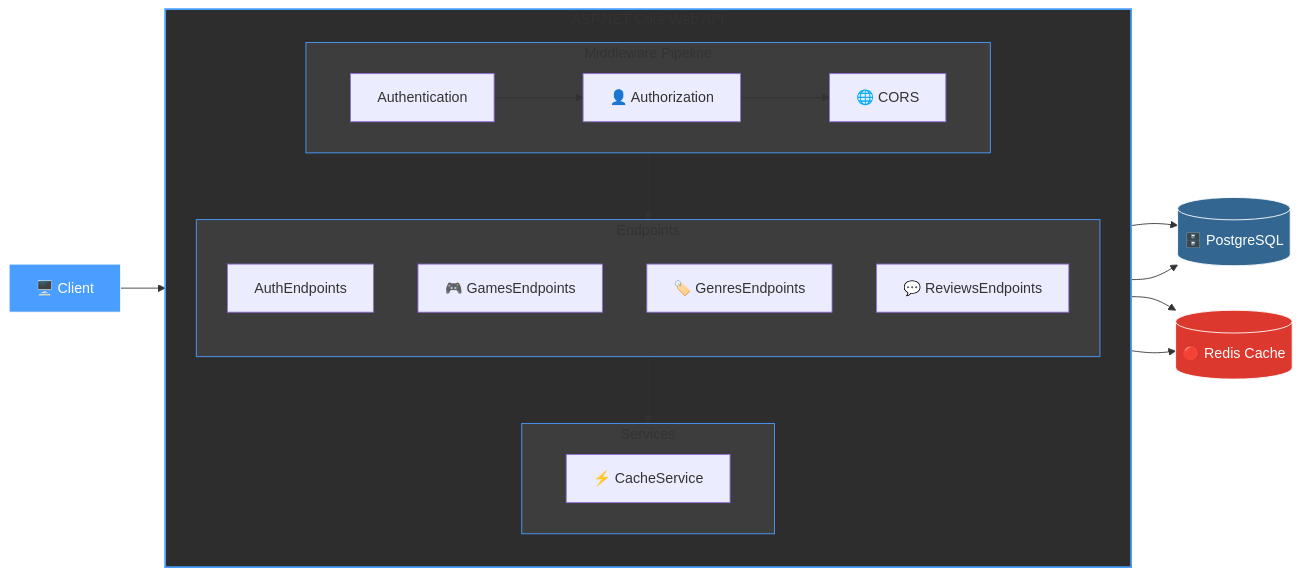
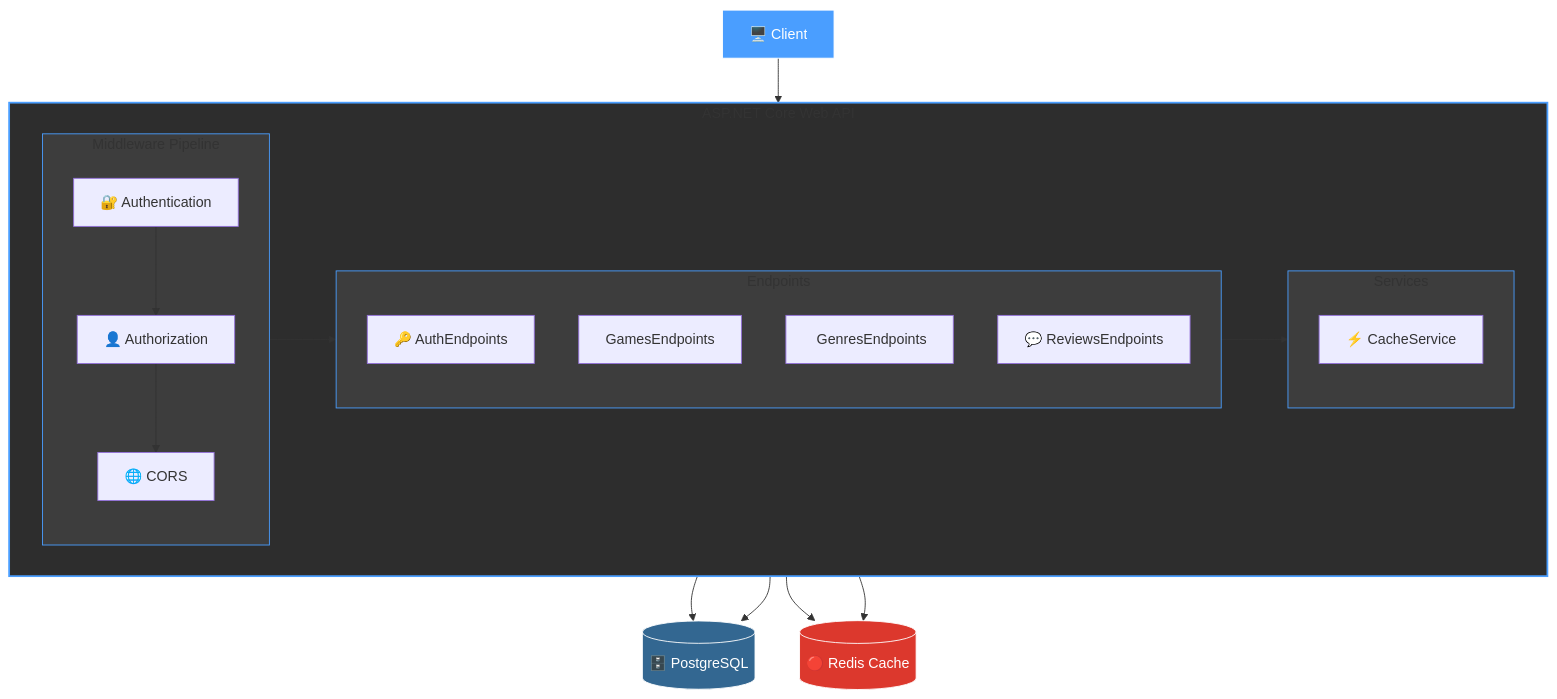
The diagram in README.md (nokinsddd/GameStore.Api), drawn with Mermaid before and after one commit.

Commit message:
Readme update

````diff
--- a/README.md
+++ b/README.md
@@ -68,41 +68,37 @@
 ```mermaid
-graph LR
+graph TB
     Client["🖥️ Client"] --> API["ASP.NET Core Web API"]
     
     subgraph API["ASP.NET Core Web API"]
-        direction TB
+        direction LR
         
         subgraph Middleware["Middleware Pipeline"]
-            direction LR
-            Auth[" Authentication"] --> AuthZ["👤 Authorization"] --> CORS["🌐 CORS"]
+            Auth["🔐 Authentication"] --> AuthZ["👤 Authorization"] --> CORS["🌐 CORS"]
         end
         
         subgraph Endpoints["Endpoints"]
-            direction TB
-            AuthEP[" AuthEndpoints"]
-            GamesEP["🎮 GamesEndpoints"]
-            GenresEP["🏷️ GenresEndpoints"]
+            AuthEP["🔑 AuthEndpoints"]
+            GamesEP[" GamesEndpoints"]
+            GenresEP["️ GenresEndpoints"]
             ReviewsEP["💬 ReviewsEndpoints"]
         end
         
         subgraph Services["Services"]
             Cache["⚡ CacheService"]
         end
     end
     
     API --> DB[("🗄️ PostgreSQL")]
     API --> Redis[("🔴 Redis Cache")]
     
-    Middleware --> Endpoints
-    Endpoints --> Services
-    Services --> DB
-    Services --> Redis
+    Middleware --> Endpoints --> Services
+    Services --> DB & Redis
     
     style API fill:#2d2d2d,stroke:#4a9eff,stroke-width:2px
     style Middleware fill:#3d3d3d,stroke:#4a9eff
     style Endpoints fill:#3d3d3d,stroke:#4a9eff
     style Services fill:#3d3d3d,stroke:#4a9eff
     style DB fill:#336791,stroke:#fff,color:#fff
     style Redis fill:#dc382d,stroke:#fff,color:#fff
     style Client fill:#4a9eff,stroke:#fff,color:#fff
 ```
````
